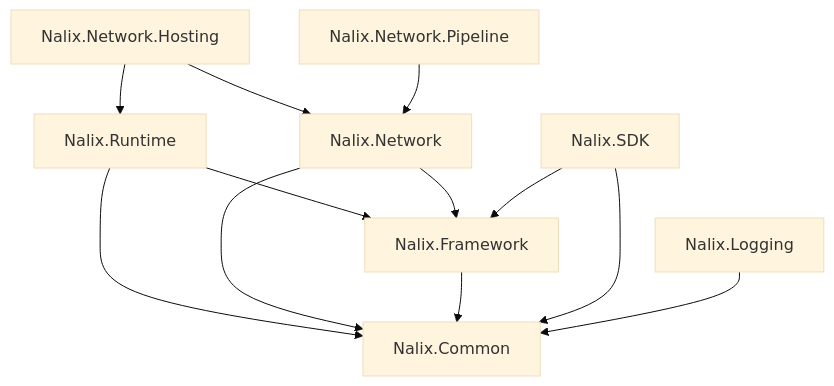
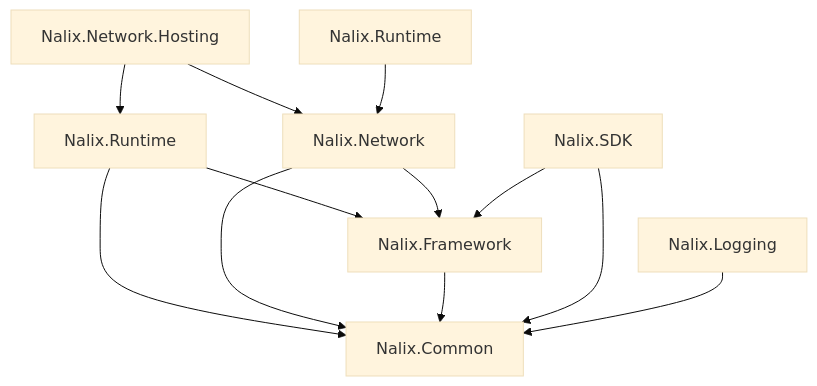
Before and after one commit to ppn-systems/Nalix: the second of 3 diagrams in docs/concepts/fundamentals/architecture.md, drawn with Mermaid (base theme). The commit also changed other lines of this file and 138 other files, not shown here.

````diff
--- a/docs/concepts/fundamentals/architecture.md
+++ b/docs/concepts/fundamentals/architecture.md
@@ -25,14 +25,14 @@
 ```mermaid
 graph TD
     Hosting["Nalix.Network.Hosting"] --> Network["Nalix.Network"]
     Hosting --> Runtime["Nalix.Runtime"]
     Runtime --> Framework["Nalix.Framework"]
     Runtime --> Common["Nalix.Common"]
     Network --> Framework
     Network --> Common
     Framework --> Common
     SDK["Nalix.SDK"] --> Framework
     SDK --> Common
-    Pipeline["Nalix.Network.Pipeline"] --> Network
+    Pipeline["Nalix.Runtime"] --> Network
     Logging["Nalix.Logging"] --> Common
 ```
````
